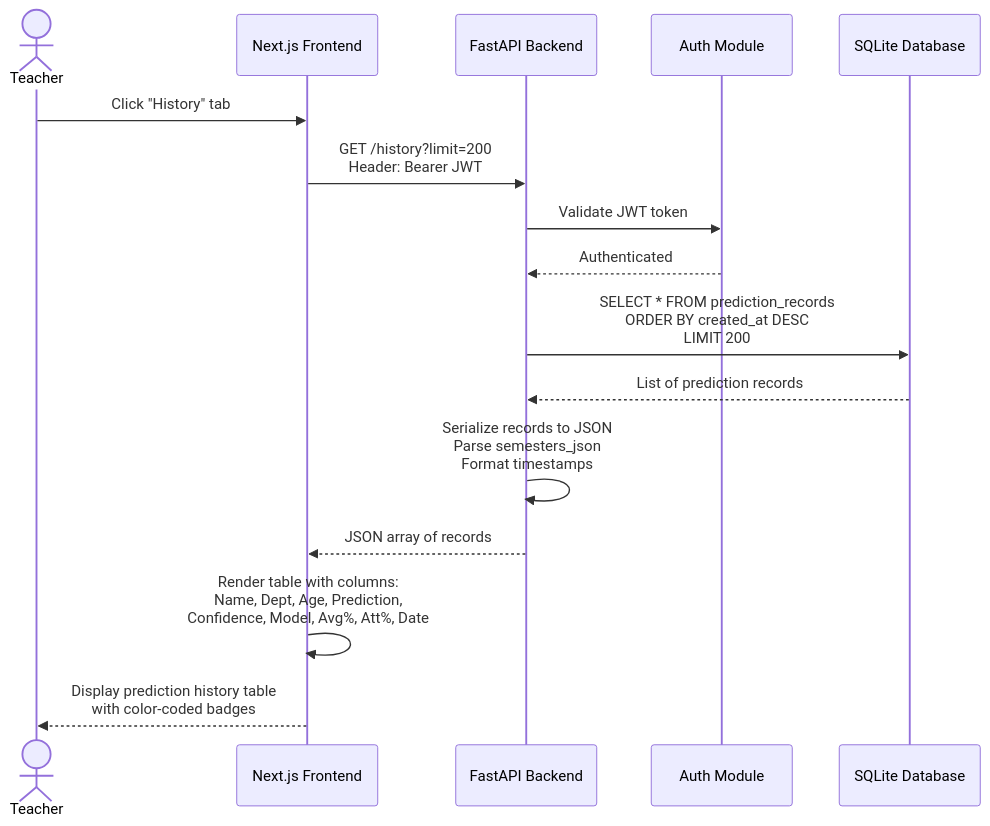
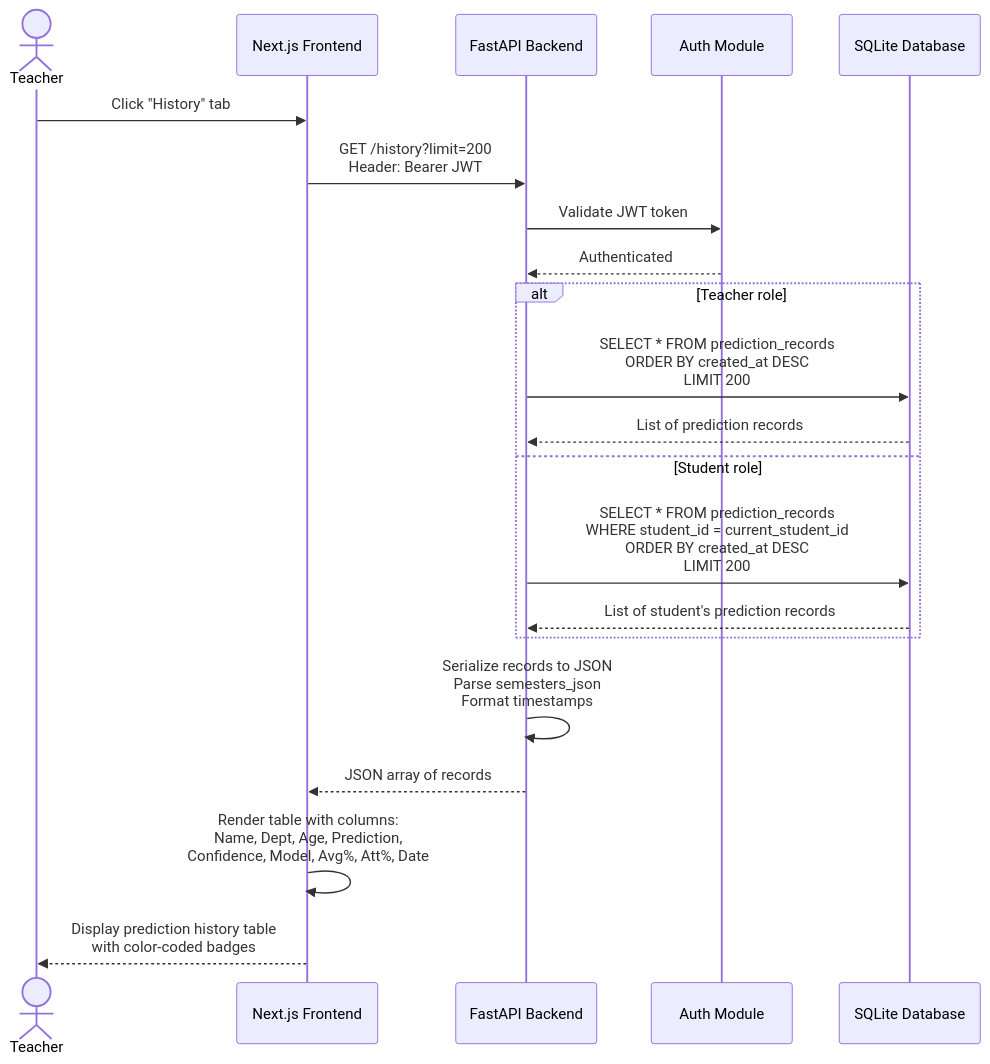
The fourth of 5 diagrams in diagram/08_sequence_diagrams.md (vrroshni/student-analyser), drawn with Mermaid before and after one commit. The commit also changed other lines of this file and 26 other files, not shown here.

````diff
--- a/diagram/08_sequence_diagrams.md
+++ b/diagram/08_sequence_diagrams.md
@@ -92,25 +124,30 @@
 ```mermaid
 sequenceDiagram
     actor Teacher
     participant Frontend as Next.js Frontend
     participant Backend as FastAPI Backend
     participant Auth as Auth Module
     participant DB as SQLite Database
 
     Teacher->>Frontend: Click "History" tab
     Frontend->>Backend: GET /history?limit=200<br/>Header: Bearer JWT
 
     Backend->>Auth: Validate JWT token
     Auth-->>Backend: Authenticated
 
-    Backend->>DB: SELECT * FROM prediction_records<br/>ORDER BY created_at DESC<br/>LIMIT 200
-    DB-->>Backend: List of prediction records
+    alt Teacher role
+        Backend->>DB: SELECT * FROM prediction_records<br/>ORDER BY created_at DESC<br/>LIMIT 200
+        DB-->>Backend: List of prediction records
+    else Student role
+        Backend->>DB: SELECT * FROM prediction_records<br/>WHERE student_id = current_student_id<br/>ORDER BY created_at DESC<br/>LIMIT 200
+        DB-->>Backend: List of student's prediction records
+    end
 
     Backend->>Backend: Serialize records to JSON<br/>Parse semesters_json<br/>Format timestamps
 
     Backend-->>Frontend: JSON array of records
 
     Frontend->>Frontend: Render table with columns:<br/>Name, Dept, Age, Prediction,<br/>Confidence, Model, Avg%, Att%, Date
 
     Frontend-->>Teacher: Display prediction history table<br/>with color-coded badges
 ```
````
